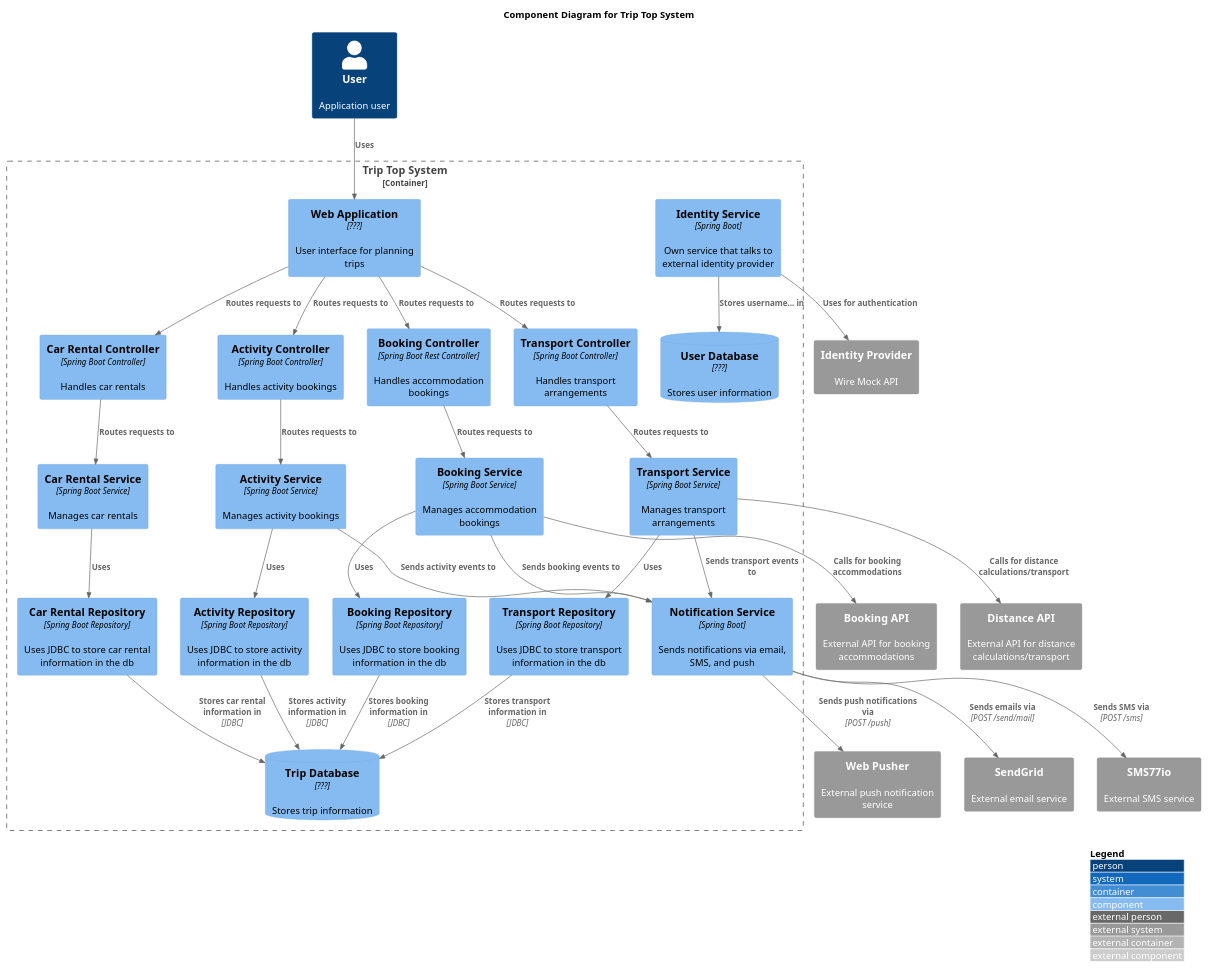
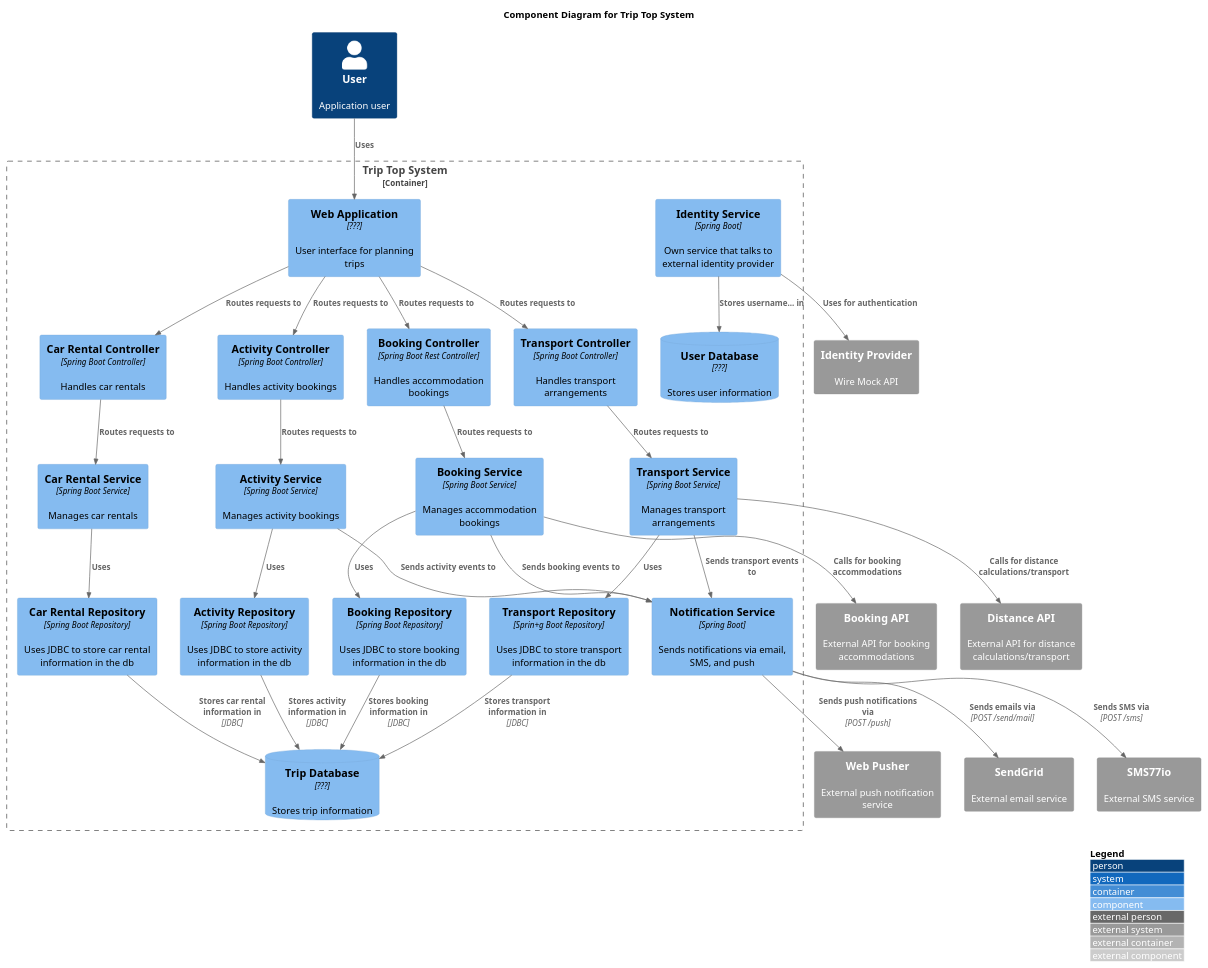
One commit to AIM-ENE-feb25/triptop-sqr-tech changed the diagram in Safa/W2L3V/NieuweVraagStuk/Back-End TTS.puml. Above: the diagram before and after it, drawn with PlantUML. The commit also changed 4 other files, not shown here.

```diff
--- a/Safa/W2L3V/NieuweVraagStuk/Back-End TTS.puml
+++ b/Safa/W2L3V/NieuweVraagStuk/Back-End TTS.puml
@@ -1,79 +1,79 @@
 @startuml
 title Component Diagram for Trip Top System
 
 !include https://raw.githubusercontent.com/plantuml-stdlib/C4-PlantUML/master/C4_Component.puml
 
 LAYOUT_WITH_LEGEND()
 
 Person(user, "User", "Application user")
 
 Container_Boundary(tts, "Trip Top System") {
     Component(web_app, "Web Application", "???", "User interface for planning trips")
 
     Component(booking_controller, "Booking Controller", "Spring Boot Rest Controller", "Handles accommodation bookings")
     Component(transport_controller, "Transport Controller", "Spring Boot Controller", "Handles transport arrangements")
     Component(activity_controller, "Activity Controller", "Spring Boot Controller", "Handles activity bookings")
     Component(car_rental_controller, "Car Rental Controller", "Spring Boot Controller", "Handles car rentals")
 
     Component(booking_service, "Booking Service", "Spring Boot Service", "Manages accommodation bookings")
     Component(transport_service, "Transport Service", "Spring Boot Service", "Manages transport arrangements")
     Component(activity_service, "Activity Service", "Spring Boot Service", "Manages activity bookings")
     Component(car_rental_service, "Car Rental Service", "Spring Boot Service", "Manages car rentals")
 
     Component(notification_service, "Notification Service", "Spring Boot", "Sends notifications via email, SMS, and push")
 
     Component(booking_repository, "Booking Repository", "Spring Boot Repository", "Uses JDBC to store booking information in the db")
-    Component(transport_repository, "Transport Repository", "Spring Boot Repository", "Uses JDBC to store transport information in the db")
+    Component(transport_repository, "Transport Repository", "Sprin+g Boot Repository", "Uses JDBC to store transport information in the db")
     Component(activity_repository, "Activity Repository", "Spring Boot Repository", "Uses JDBC to store activity information in the db")
     Component(car_rental_repository, "Car Rental Repository", "Spring Boot Repository", "Uses JDBC to store car rental information in the db")
 
     ComponentDb(trip_db, "Trip Database", "???", "Stores trip information")
     ComponentDb(user_db, "User Database", "???", "Stores user information")
 
     Component(identity_service, "Identity Service", "Spring Boot", "Own service that talks to external identity provider")
 }
 
 System_Ext(email_api, "SendGrid", "External email service")
 System_Ext(sms_api, "SMS77io", "External SMS service")
 System_Ext(push_api, "Web Pusher", "External push notification service")
 System_Ext(ip, "Identity Provider", "Wire Mock API")
 
 System_Ext(bapi, Booking API, "External API for booking accommodations")
 System_Ext(dapi, Distance API, "External API for distance calculations/transport")
 
 Rel(user, web_app, "Uses")
 
 Rel(web_app, booking_controller, "Routes requests to")
 Rel(web_app, transport_controller, "Routes requests to")
 Rel(web_app, activity_controller, "Routes requests to")
 Rel(web_app, car_rental_controller, "Routes requests to")
 
 Rel(booking_controller, booking_service, "Routes requests to")
 Rel(transport_controller, transport_service, "Routes requests to")
 Rel(activity_controller, activity_service, "Routes requests to")
 Rel(car_rental_controller, car_rental_service, "Routes requests to")
 
 Rel(booking_service, notification_service, "Sends booking events to")
 Rel(transport_service, notification_service, "Sends transport events to")
 Rel(activity_service, notification_service, "Sends activity events to")
 
 Rel(notification_service, email_api, "Sends emails via", "POST /send/mail")
 Rel(notification_service, sms_api, "Sends SMS via", "POST /sms")
 Rel(notification_service, push_api, "Sends push notifications via", "POST /push")
 
 Rel(booking_service, booking_repository, "Uses")
 Rel(transport_service, transport_repository, "Uses")
 Rel(activity_service, activity_repository, "Uses")
 Rel(car_rental_service, car_rental_repository, "Uses")
 
 Rel(booking_service, bapi, "Calls for booking accommodations")
 Rel(transport_service, dapi, "Calls for distance calculations/transport")
 
 Rel(booking_repository, trip_db, "Stores booking information in", "JDBC")
 Rel(transport_repository, trip_db, "Stores transport information in", "JDBC")
 Rel(activity_repository, trip_db, "Stores activity information in", "JDBC")
 Rel(car_rental_repository, trip_db, "Stores car rental information in", "JDBC")
 
 Rel(identity_service, ip, "Uses for authentication")
 Rel(identity_service, user_db, "Stores username... in")
 @enduml
```
